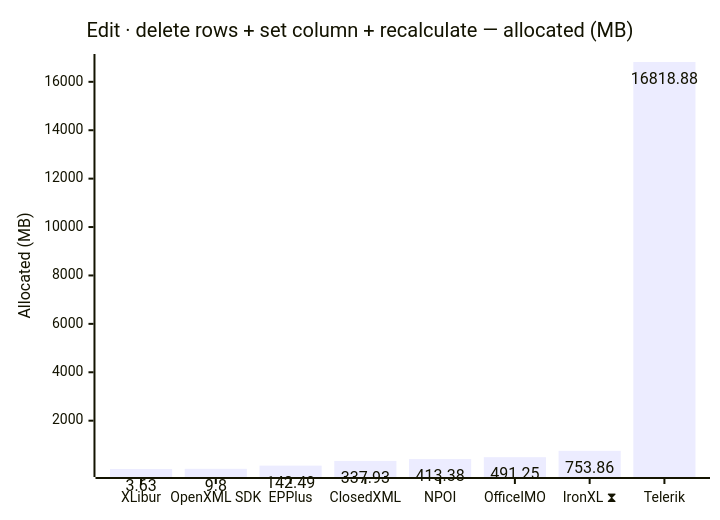
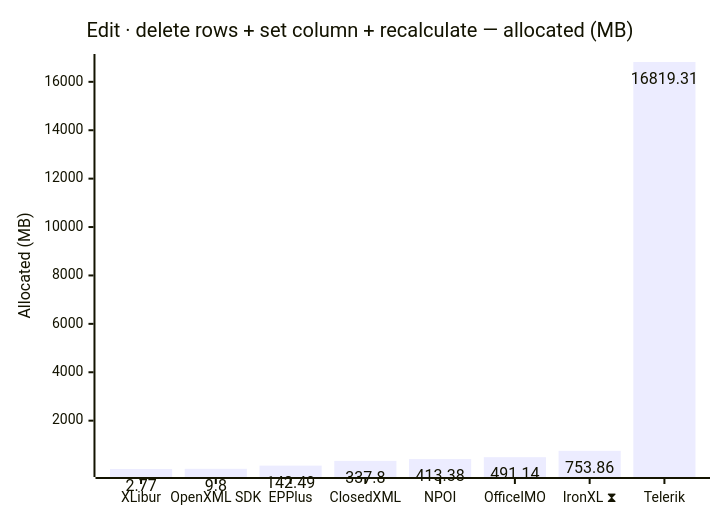
One commit to jafin/XLBench changed the tenth of 12 diagrams in docs/results.md. Above: the diagram before and after it, drawn with Mermaid. The commit also changed other lines of this file and 4 other files, not shown here.

````diff
--- a/docs/results.md
+++ b/docs/results.md
@@ -159,12 +159,12 @@
 ```mermaid
 ---
 config:
   xyChart:
     showDataLabel: true
 ---
 xychart-beta
     title "Edit · delete rows + set column + recalculate — allocated (MB)"
     x-axis ["XLibur", "OpenXML SDK", "EPPlus", "ClosedXML", "NPOI", "OfficeIMO", "IronXL ⧗", "Telerik"]
     y-axis "Allocated (MB)"
-    bar [3.63, 9.8, 142.49, 337.93, 413.38, 491.25, 753.86, 16818.88]
+    bar [2.77, 9.8, 142.49, 337.8, 413.38, 491.14, 753.86, 16819.31]
 ```
````
